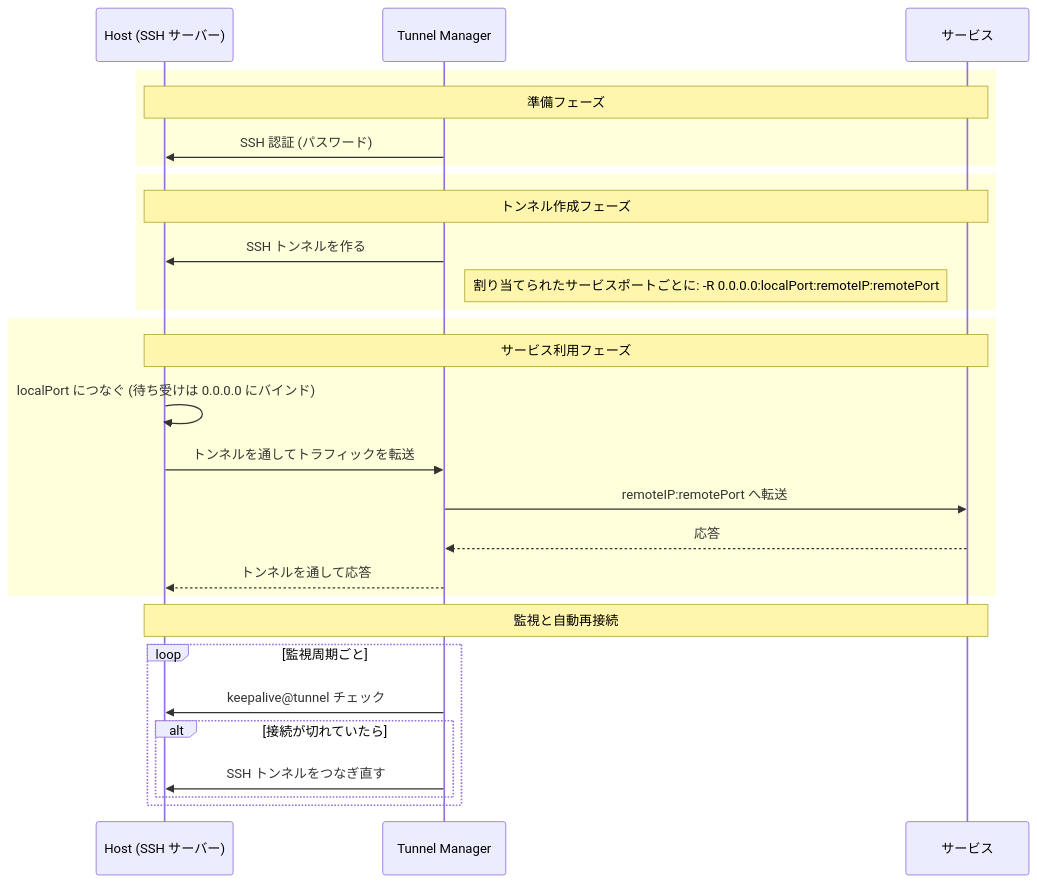
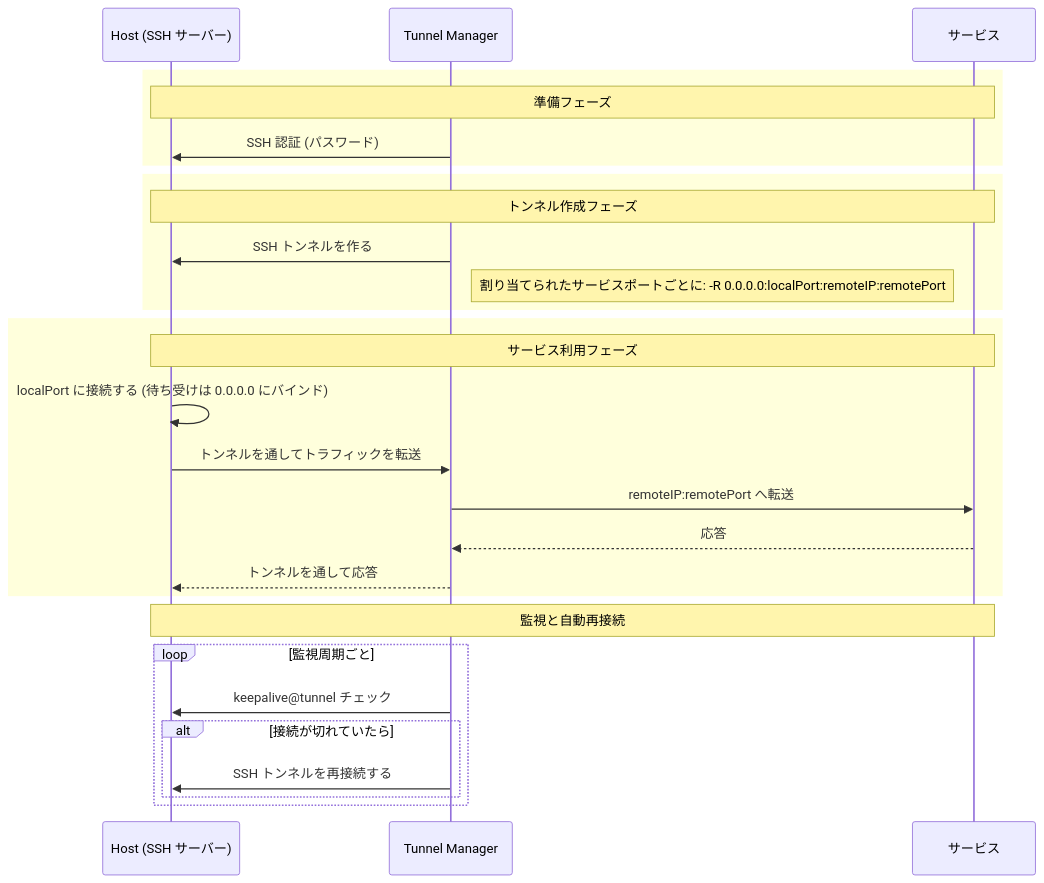
One commit to jollaman999/tunnel-manager changed the diagram in docs/reference.ja.md. Above: the diagram before and after it, drawn with Mermaid. The commit also changed other lines of this file and 2 other files, not shown here.

````diff
--- a/docs/reference.ja.md
+++ b/docs/reference.ja.md
@@ -181,34 +181,34 @@
 ```mermaid
 sequenceDiagram
     participant Host as Host (SSH サーバー)
     participant Bastion as Tunnel Manager
     participant WAS as サービス
 
     rect rgb(255, 255, 220)
         Note over Host,WAS: 準備フェーズ
         Bastion->>Host: SSH 認証 (パスワード)
     end
 
     rect rgb(255, 255, 220)
         Note over Host,WAS: トンネル作成フェーズ
         Bastion->>Host: SSH トンネルを作る
         Note right of Bastion: 割り当てられたサービスポートごとに: -R 0.0.0.0:localPort:remoteIP:remotePort
     end
 
     rect rgb(255, 255, 220)
         Note over Host,WAS: サービス利用フェーズ
-        Host->>Host: localPort につなぐ (待ち受けは 0.0.0.0 にバインド)
+        Host->>Host: localPort に接続する (待ち受けは 0.0.0.0 にバインド)
         Host->>Bastion: トンネルを通してトラフィックを転送
         Bastion->>WAS: remoteIP:remotePort へ転送
         WAS-->>Bastion: 応答
         Bastion-->>Host: トンネルを通して応答
     end
 
     Note over Host,WAS: 監視と自動再接続
     loop 監視周期ごと
         Bastion->>Host: keepalive@tunnel チェック
         alt 接続が切れていたら
-            Bastion->>Host: SSH トンネルをつなぎ直す
+            Bastion->>Host: SSH トンネルを再接続する
         end
     end
 ```
````
